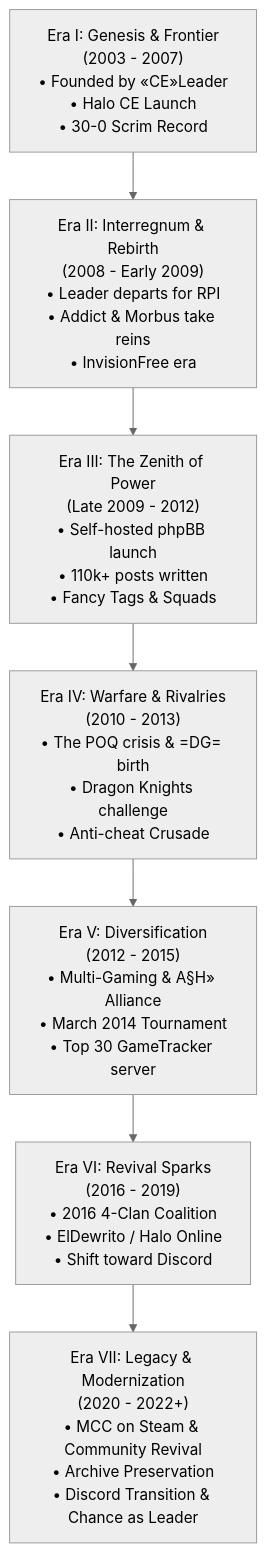
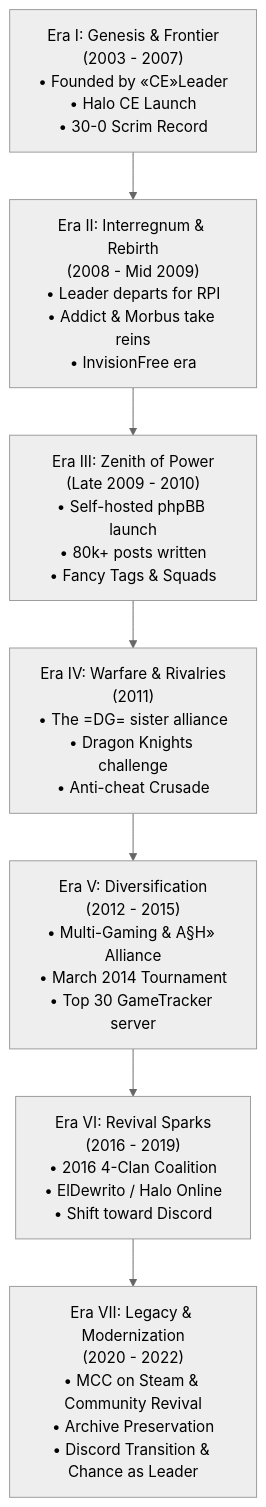
One commit to combat-experts-clan/combat-experts-clan-history changed the diagram in README.md. Above: the diagram before and after it, drawn with Mermaid (neutral theme). The commit also changed other lines of this file, not shown here.

````diff
--- a/README.md
+++ b/README.md
@@ -64,12 +71,12 @@
 ```mermaid
 flowchart TD
     E1["Era I: Genesis & Frontier<br/>(2003 - 2007)<br/>• Founded by «CE»Leader<br/>• Halo CE Launch<br/>• 30-0 Scrim Record"]
-    E2["Era II: Interregnum & Rebirth<br/>(2008 - Early 2009)<br/>• Leader departs for RPI<br/>• Addict & Morbus take reins<br/>• InvisionFree era"]
-    E3["Era III: The Zenith of Power<br/>(Late 2009 - 2012)<br/>• Self-hosted phpBB launch<br/>• 110k+ posts written<br/>• Fancy Tags & Squads"]
-    E4["Era IV: Warfare & Rivalries<br/>(2010 - 2013)<br/>• The POQ crisis & =DG= birth<br/>• Dragon Knights challenge<br/>• Anti-cheat Crusade"]
+    E2["Era II: Interregnum & Rebirth<br/>(2008 - Mid 2009)<br/>• Leader departs for RPI<br/>• Addict & Morbus take reins<br/>• InvisionFree era"]
+    E3["Era III: Zenith of Power<br/>(Late 2009 - 2010)<br/>• Self-hosted phpBB launch<br/>• 80k+ posts written<br/>• Fancy Tags & Squads"]
+    E4["Era IV: Warfare & Rivalries<br/>(2011)<br/>• The =DG= sister alliance<br/>• Dragon Knights challenge<br/>• Anti-cheat Crusade"]
     E5["Era V: Diversification<br/>(2012 - 2015)<br/>• Multi-Gaming & A§H» Alliance<br/>• March 2014 Tournament<br/>• Top 30 GameTracker server"]
     E6["Era VI: Revival Sparks<br/>(2016 - 2019)<br/>• 2016 4-Clan Coalition<br/>• ElDewrito / Halo Online<br/>• Shift toward Discord"]
-    E7["Era VII: Legacy & Modernization<br/>(2020 - 2022+)<br/>• MCC on Steam & Community Revival<br/>• Archive Preservation<br/>• Discord Transition & Chance as Leader"]
+    E7["Era VII: Legacy & Modernization<br/>(2020 - 2022)<br/>• MCC on Steam & Community Revival<br/>• Archive Preservation<br/>• Discord Transition & Chance as Leader"]
 
     E1 --> E2 --> E3 --> E4 --> E5 --> E6 --> E7
 ```
````
